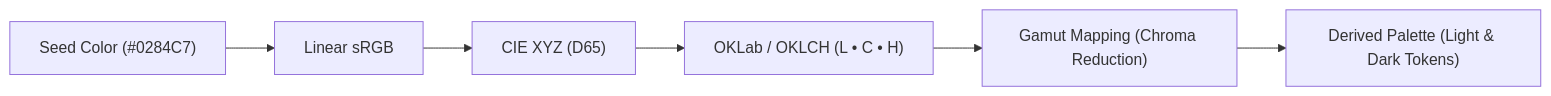
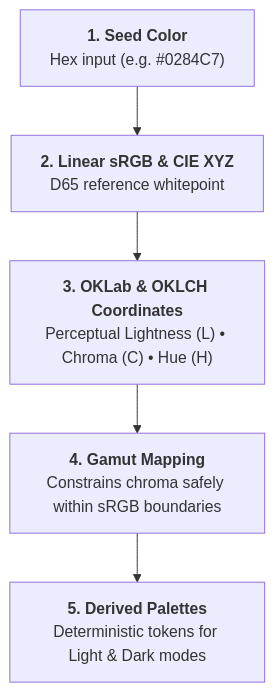
Before and after one commit to alph-a07/basis: the first of 2 diagrams in docs/docs-site/src/content/docs/theming/oklch.mdx, drawn with Mermaid. The commit also changed other lines of this file and 8 other files, not shown here.

Commit message:
fix(docs): resolve tiny mermaid scaling and text truncation

````diff
--- a/docs/docs-site/src/content/docs/theming/oklch.mdx
+++ b/docs/docs-site/src/content/docs/theming/oklch.mdx
@@ -11,8 +11,8 @@
 ```mermaid
-flowchart LR
-    A["Seed Color (#0284C7)"] --> B["Linear sRGB"]
-    B --> C["CIE XYZ (D65)"]
-    C --> D["OKLab / OKLCH (L • C • H)"]
-    D --> E["Gamut Mapping (Chroma Reduction)"]
-    E --> F["Derived Palette (Light & Dark Tokens)"]
+flowchart TD
+    A["<b>1. Seed Color</b><br/>Hex input (e.g. #0284C7)"]
+    --> B["<b>2. Linear sRGB & CIE XYZ</b><br/>D65 reference whitepoint"]
+    --> C["<b>3. OKLab & OKLCH Coordinates</b><br/>Perceptual Lightness (L) • Chroma (C) • Hue (H)"]
+    --> D["<b>4. Gamut Mapping</b><br/>Constrains chroma safely within sRGB boundaries"]
+    --> E["<b>5. Derived Palettes</b><br/>Deterministic tokens for Light & Dark modes"]
 ```
````
